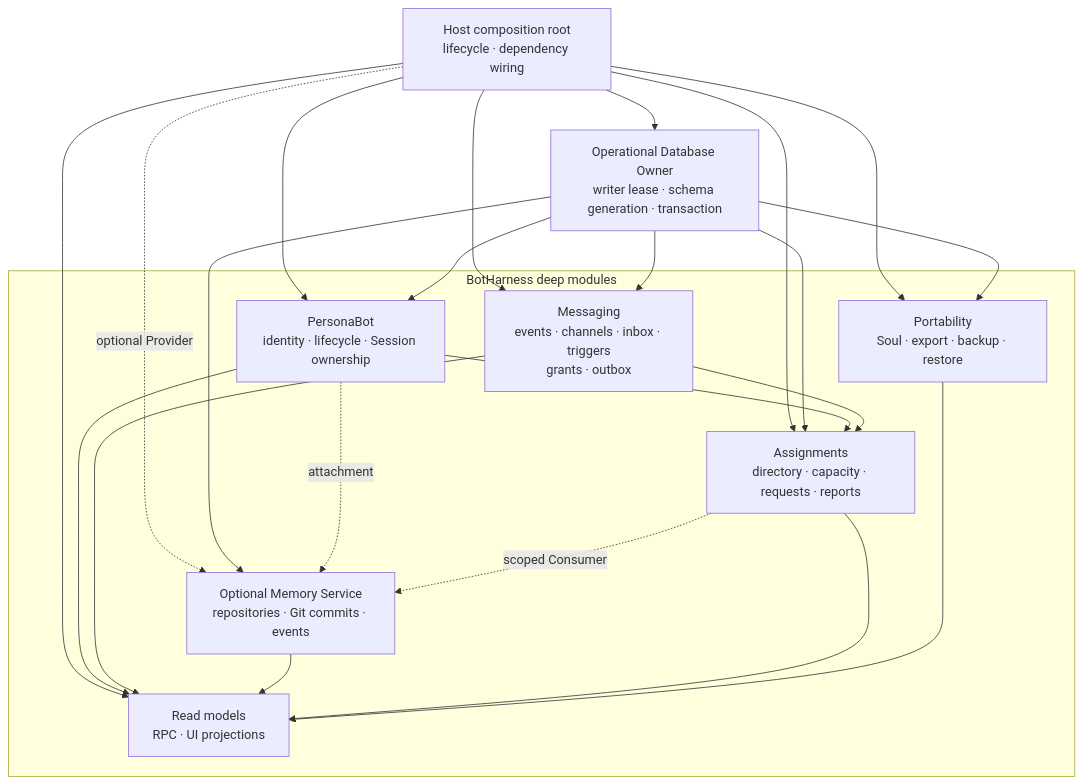
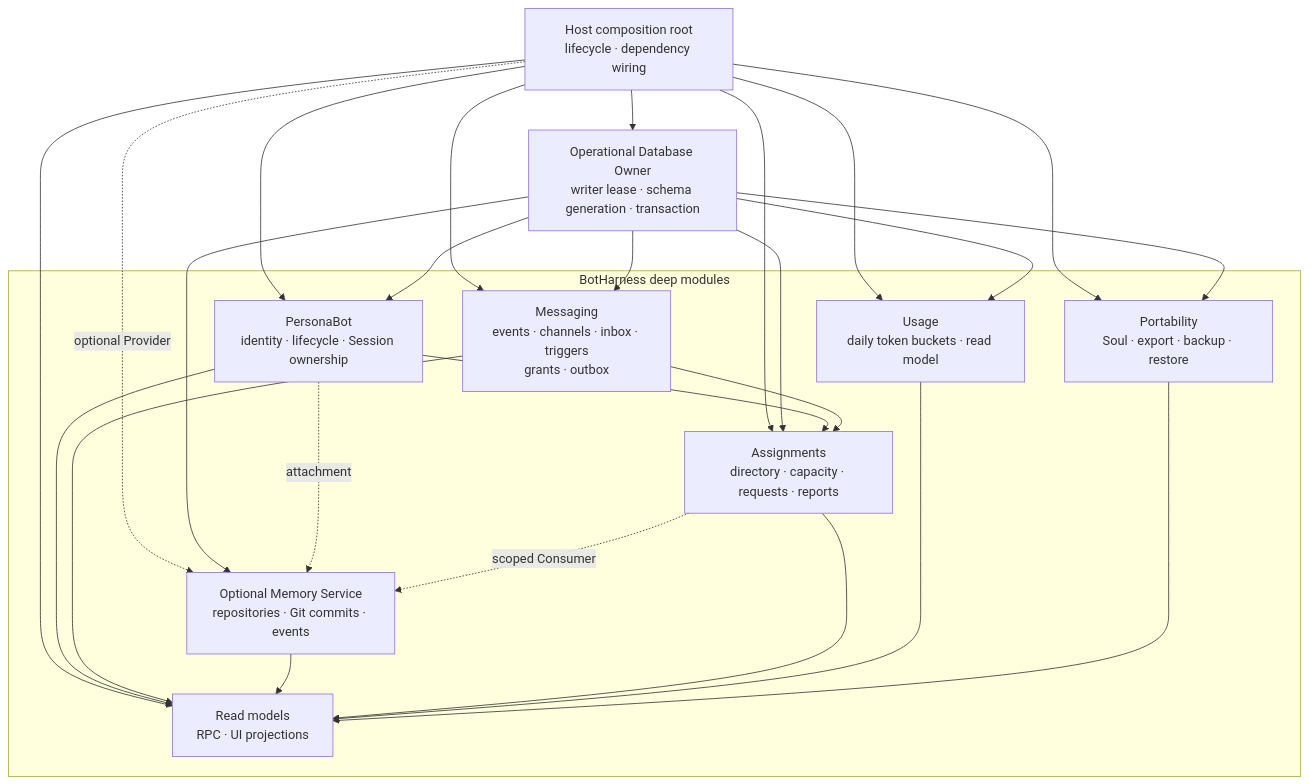
Before and after one commit to BotHarness/BotHarness: the second of 6 diagrams in docs/architecture/botharness-architecture.md, drawn with Mermaid. The commit also changed other lines of this file and 5 other files, not shown here.

````diff
--- a/docs/architecture/botharness-architecture.md
+++ b/docs/architecture/botharness-architecture.md
@@ -78,36 +78,40 @@
 ```mermaid
 flowchart TB
   Root["Host composition root<br/>lifecycle · dependency wiring"]
   DB["Operational Database Owner<br/>writer lease · schema generation · transaction"]
 
   subgraph Modules["BotHarness deep modules"]
     Bots["PersonaBot<br/>identity · lifecycle · Session ownership"]
     Memory["Optional Memory Service<br/>repositories · Git commits · events"]
     Msg["Messaging<br/>events · channels · inbox · triggers<br/>grants · outbox"]
     Assignments["Assignments<br/>directory · capacity · requests · reports"]
+    Usage["Usage<br/>daily token buckets · read model"]
     Portable["Portability<br/>Soul · export · backup · restore"]
     Views["Read models<br/>RPC · UI projections"]
   end
 
   Root --> DB
   Root --> Bots
   Root -. optional Provider .-> Memory
   Root --> Msg
   Root --> Assignments
   Root --> Portable
+  Root --> Usage
   Root --> Views
   DB --> Bots
   DB --> Memory
   DB --> Msg
   DB --> Assignments
   DB --> Portable
+  DB --> Usage
   Bots -. attachment .-> Memory
   Bots --> Assignments
   Msg --> Assignments
   Bots --> Views
   Msg --> Views
   Assignments -. scoped Consumer .-> Memory
   Memory --> Views
   Assignments --> Views
+  Usage --> Views
   Portable --> Views
 ```
````
